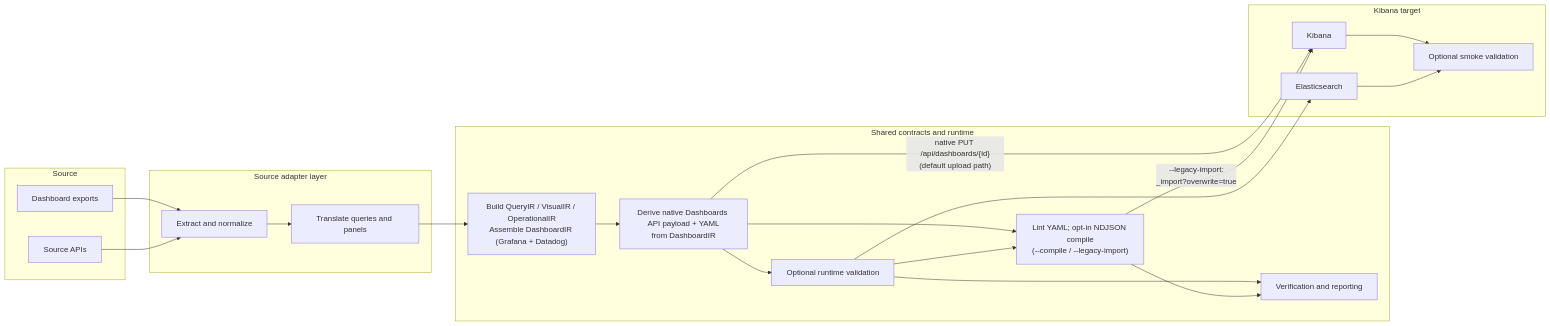
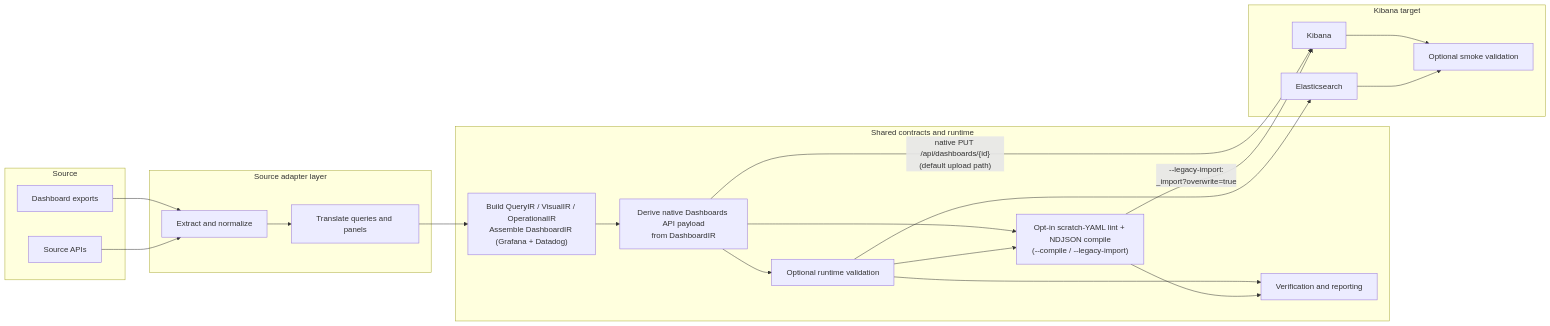
The diagram in docs/architecture.md (elastic/observability-migration-platform), drawn with Mermaid before and after one commit. The commit also changed other lines of this file and 118 other files, not shown here.

````diff
--- a/docs/architecture.md
+++ b/docs/architecture.md
@@ -56,42 +56,42 @@
 ```mermaid
 flowchart LR
     subgraph source [Source]
         files[Dashboard exports]
         api[Source APIs]
     end
 
     subgraph adapters [Source adapter layer]
         extract[Extract and normalize]
         translate[Translate queries and panels]
     end
 
     subgraph shared [Shared contracts and runtime]
         ir["Build QueryIR / VisualIR / OperationalIR<br/>Assemble DashboardIR (Grafana + Datadog)"]
-        emit["Derive native Dashboards API payload + YAML<br/>from DashboardIR"]
+        emit["Derive native Dashboards API payload<br/>from DashboardIR"]
         validate[Optional runtime validation]
-        compile["Lint YAML; opt-in NDJSON compile<br/>(--compile / --legacy-import)"]
+        compile["Opt-in scratch-YAML lint + NDJSON compile<br/>(--compile / --legacy-import)"]
         verify[Verification and reporting]
     end
 
     subgraph target [Kibana target]
         es[Elasticsearch]
         kb[Kibana]
         smoke[Optional smoke validation]
     end
 
     files --> extract
     api --> extract
     extract --> translate
     translate --> ir
     ir --> emit
     emit --> validate
     emit --> compile
     emit -->|"native PUT /api/dashboards/{id}<br/>(default upload path)"| kb
     validate --> compile
     validate --> verify
     validate --> es
     compile --> verify
     compile -->|"--legacy-import:<br/>_import?overwrite=true"| kb
     kb --> smoke
     es --> smoke
 ```
````
